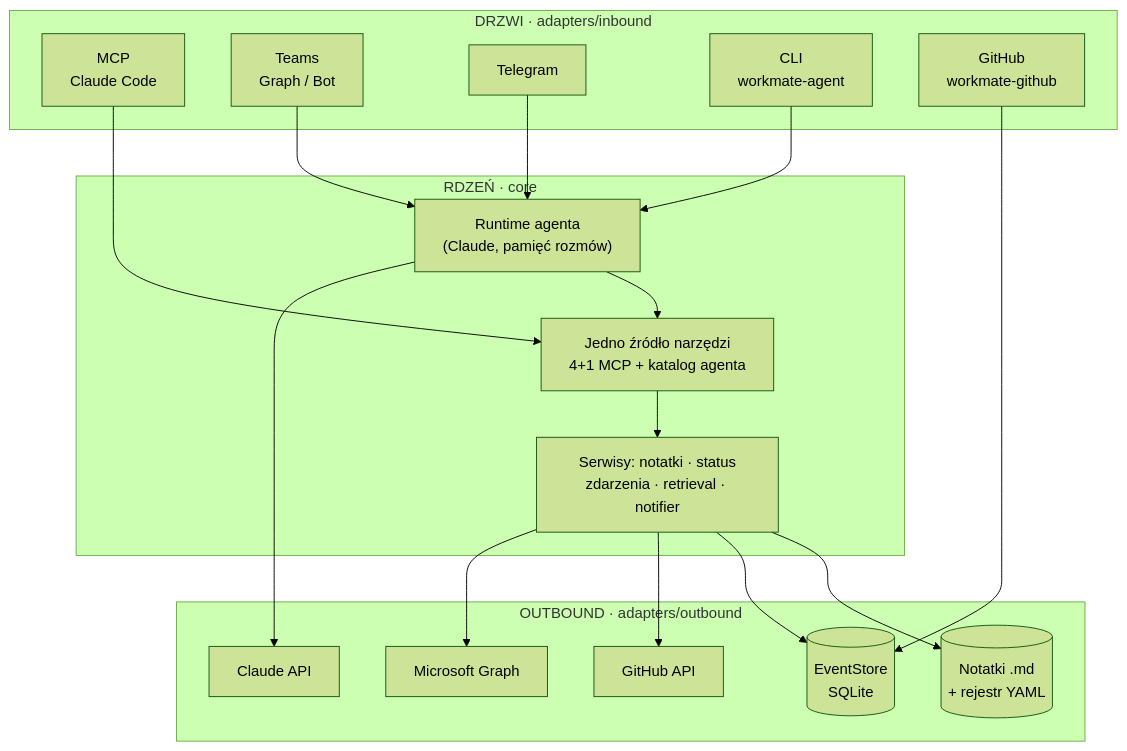
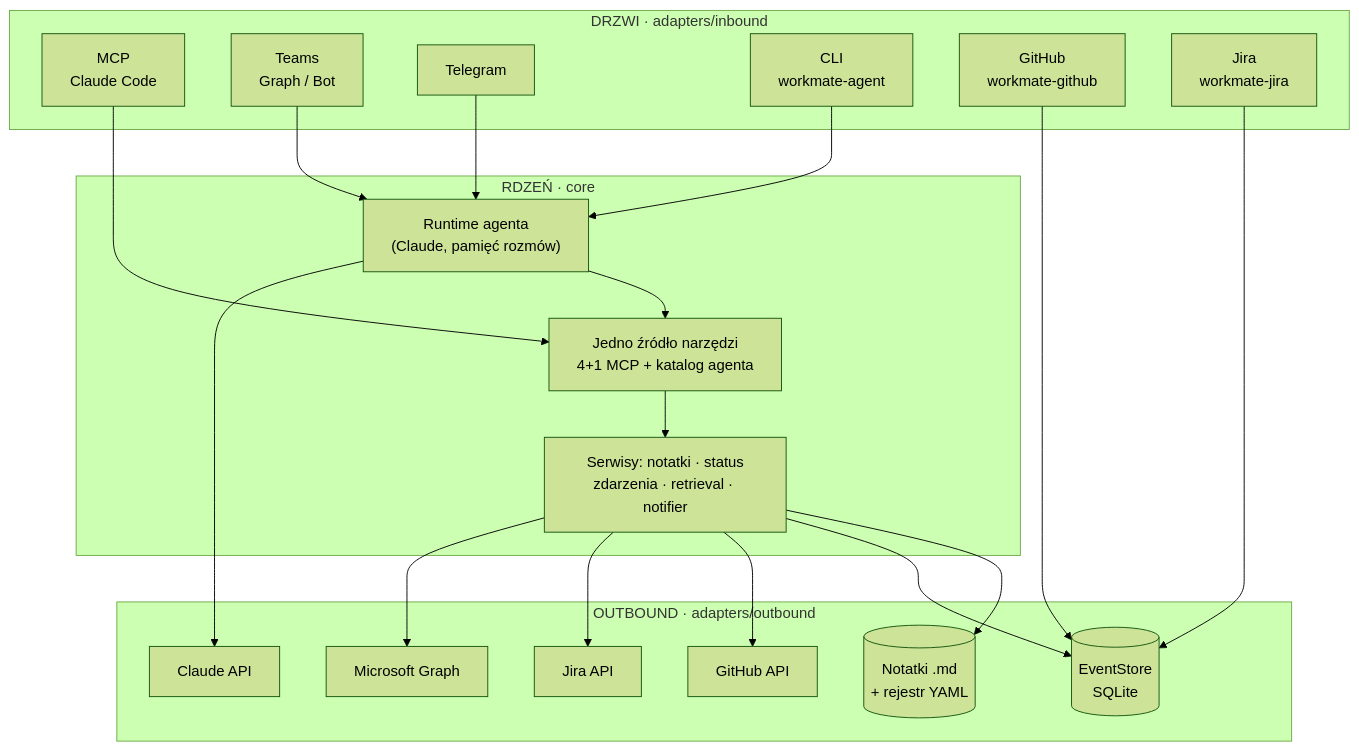
The first of 2 diagrams in README.md (P0w3r223/sufler), drawn with Mermaid (forest theme) before and after one commit. The commit also changed other lines of this file and 11 other files, not shown here.

````diff
--- a/README.md
+++ b/README.md
@@ -36,34 +38,38 @@
 ```mermaid
 flowchart TB
     subgraph D["DRZWI · adapters/inbound"]
         MCP["MCP<br/>Claude Code"]
         TG["Teams<br/>Graph / Bot"]
         TEL["Telegram"]
         CLI["CLI<br/>workmate-agent"]
         GHD["GitHub<br/>workmate-github"]
+        JD["Jira<br/>workmate-jira"]
     end
     subgraph C["RDZEŃ · core"]
         CAT["Jedno źródło narzędzi<br/>4+1 MCP + katalog agenta"]
         AG["Runtime agenta<br/>(Claude, pamięć rozmów)"]
         SVC["Serwisy: notatki · status<br/>zdarzenia · retrieval · notifier"]
     end
     subgraph O["OUTBOUND · adapters/outbound"]
         NOTES[("Notatki .md<br/>+ rejestr YAML")]
         LLM["Claude API"]
         ES[("EventStore<br/>SQLite")]
         GHAPI["GitHub API"]
+        JIRAAPI["Jira API"]
         GRAPH["Microsoft Graph"]
     end
     MCP --> CAT
     TG --> AG
     TEL --> AG
     CLI --> AG
     GHD --> ES
+    JD --> ES
     AG --> CAT
     CAT --> SVC
     SVC --> NOTES
     SVC --> ES
     AG --> LLM
     SVC --> GHAPI
+    SVC --> JIRAAPI
     SVC --> GRAPH
 ```
````
